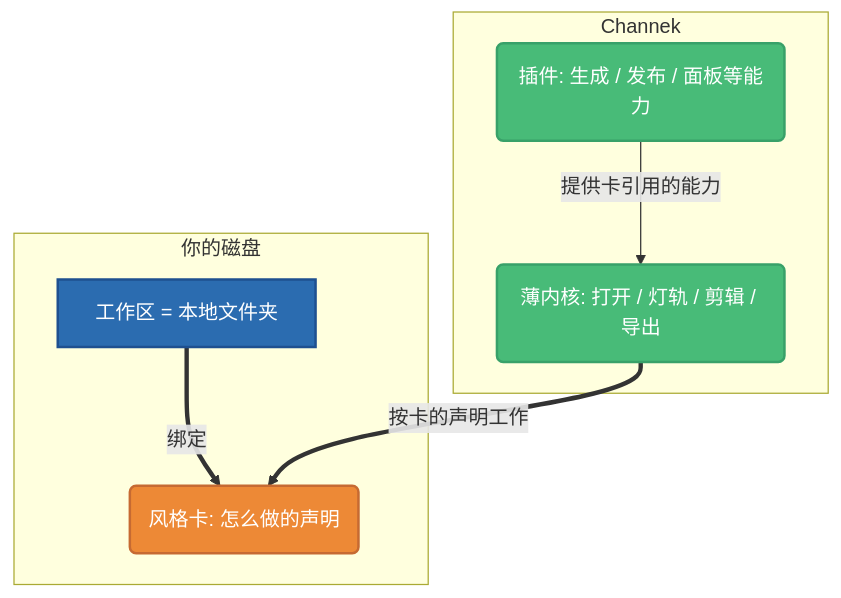
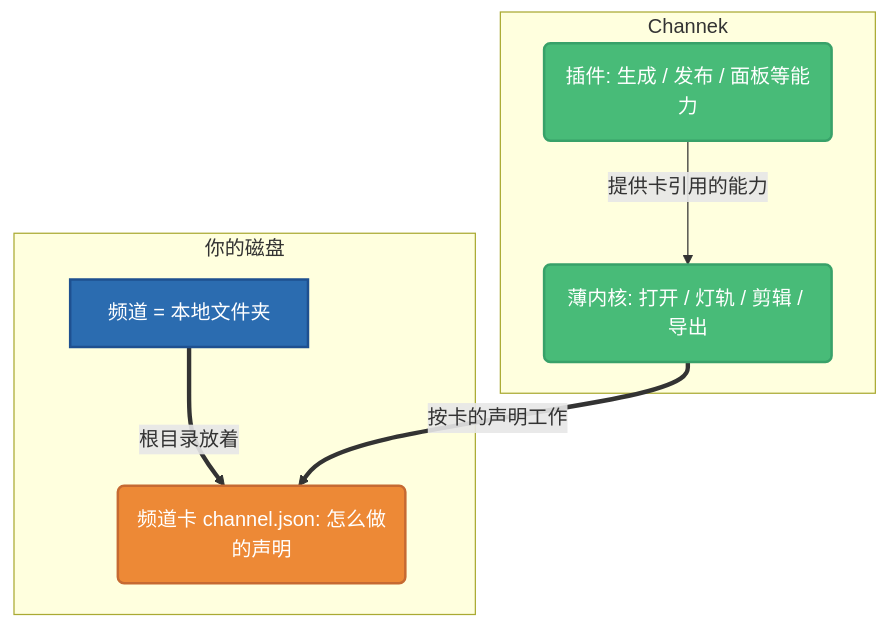
The diagram in site/docs/guide/overview.md (garveyhu/channek-docs), drawn with Mermaid before and after one commit. The commit also changed other lines of this file and 52 other files, not shown here.

````diff
--- a/site/docs/guide/overview.md
+++ b/site/docs/guide/overview.md
@@ -19,19 +19,19 @@
 ```mermaid
 graph TB
     classDef primary fill:#2B6CB0,stroke:#1E5090,stroke-width:2px,color:#fff
     classDef service fill:#48BB78,stroke:#38A169,stroke-width:2px,color:#fff
     classDef store fill:#ED8936,stroke:#C66A32,stroke-width:2px,color:#fff
 
     subgraph Disk["你的磁盘"]
-        WS[工作区 = 本地文件夹]:::primary
-        Card(风格卡: 怎么做的声明):::store
+        WS[频道 = 本地文件夹]:::primary
+        Card(频道卡 channel.json: 怎么做的声明):::store
     end
     subgraph App["Channek"]
         Kernel(薄内核: 打开 / 灯轨 / 剪辑 / 导出):::service
         Plugins(插件: 生成 / 发布 / 面板等能力):::service
     end
 
-    WS ==>|绑定| Card
+    WS ==>|根目录放着| Card
     Kernel ==>|按卡的声明工作| Card
     Plugins -->|提供卡引用的能力| Kernel
 ```
````
